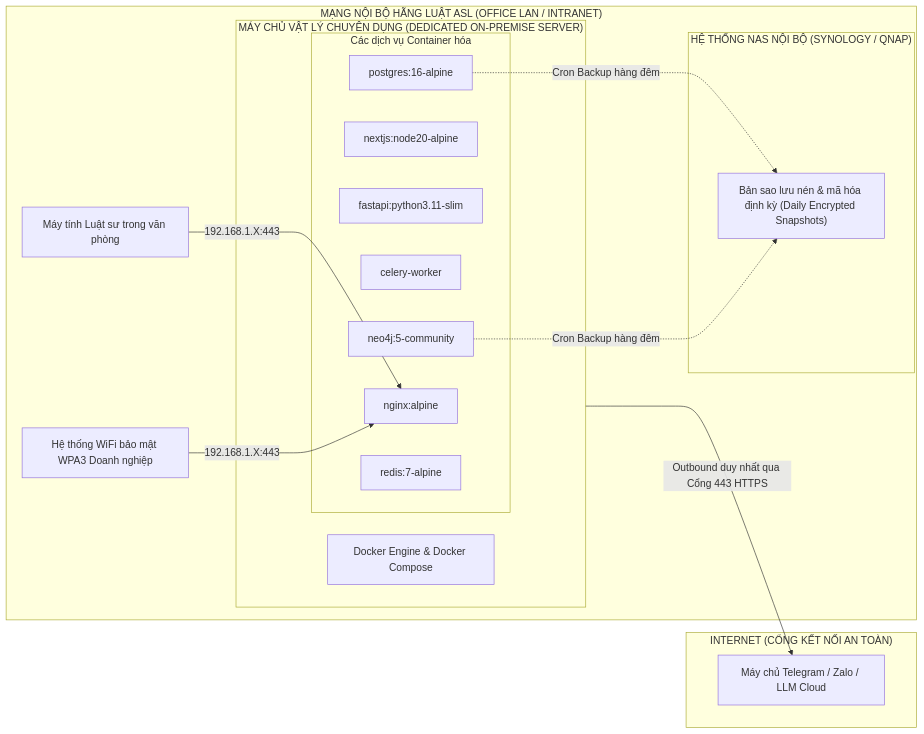
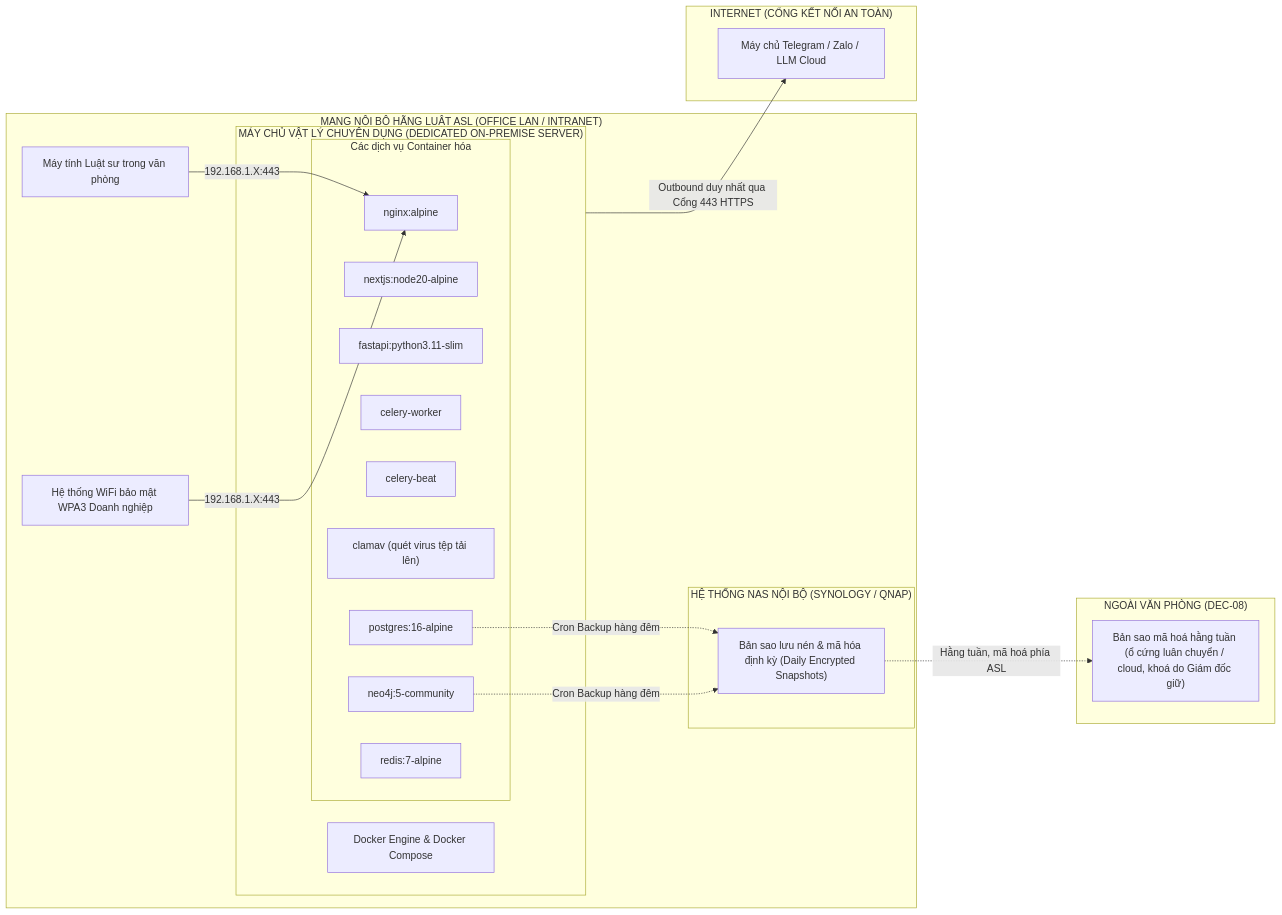
The second of 2 diagrams in docs/05-architecture.md (namth/asl-erp-v2), drawn with Mermaid before and after one commit. The commit also changed other lines of this file and 84 other files, not shown here.

````diff
--- a/docs/05-architecture.md
+++ b/docs/05-architecture.md
@@ -82,35 +82,41 @@
 ```mermaid
 flowchart LR
     subgraph OfficeLAN["MẠNG NỘI BỘ HÃNG LUẬT ASL (OFFICE LAN / INTRANET)"]
         UserPC["Máy tính Luật sư trong văn phòng"]
         WiFi["Hệ thống WiFi bảo mật WPA3 Doanh nghiệp"]
         
         subgraph ServerNode["MÁY CHỦ VẬT LÝ CHUYÊN DỤNG (DEDICATED ON-PREMISE SERVER)"]
             DockerEngine["Docker Engine & Docker Compose"]
             
             subgraph Containers["Các dịch vụ Container hóa"]
                 C_Nginx["nginx:alpine"]
                 C_Next["nextjs:node20-alpine"]
                 C_FastAPI["fastapi:python3.11-slim"]
                 C_Celery["celery-worker"]
+                C_Beat["celery-beat"]
+                C_ClamAV["clamav (quét virus tệp tải lên)"]
                 C_PG["postgres:16-alpine"]
                 C_Neo4j["neo4j:5-community"]
                 C_Redis["redis:7-alpine"]
             end
         end
         
         UserPC & WiFi -->|192.168.1.X:443| C_Nginx
         
         subgraph LocalNAS["HỆ THỐNG NAS NỘI BỘ (SYNOLOGY / QNAP)"]
             BackupStorage["Bản sao lưu nén & mã hóa định kỳ (Daily Encrypted Snapshots)"]
         end
         
         C_PG & C_Neo4j -. "Cron Backup hàng đêm" .-> BackupStorage
     end
+    subgraph Offsite["NGOÀI VĂN PHÒNG (DEC-08)"]
+        OffsiteCopy["Bản sao mã hoá hằng tuần (ổ cứng luân chuyển / cloud, khoá do Giám đốc giữ)"]
+    end
+    BackupStorage -. "Hằng tuần, mã hoá phía ASL" .-> OffsiteCopy
 
     subgraph Internet["INTERNET (CỔNG KẾT NỐI AN TOÀN)"]
         ExtBot["Máy chủ Telegram / Zalo / LLM Cloud"]
     end
     
     ServerNode -->|Outbound duy nhất qua Cổng 443 HTTPS| ExtBot
 ```
````
